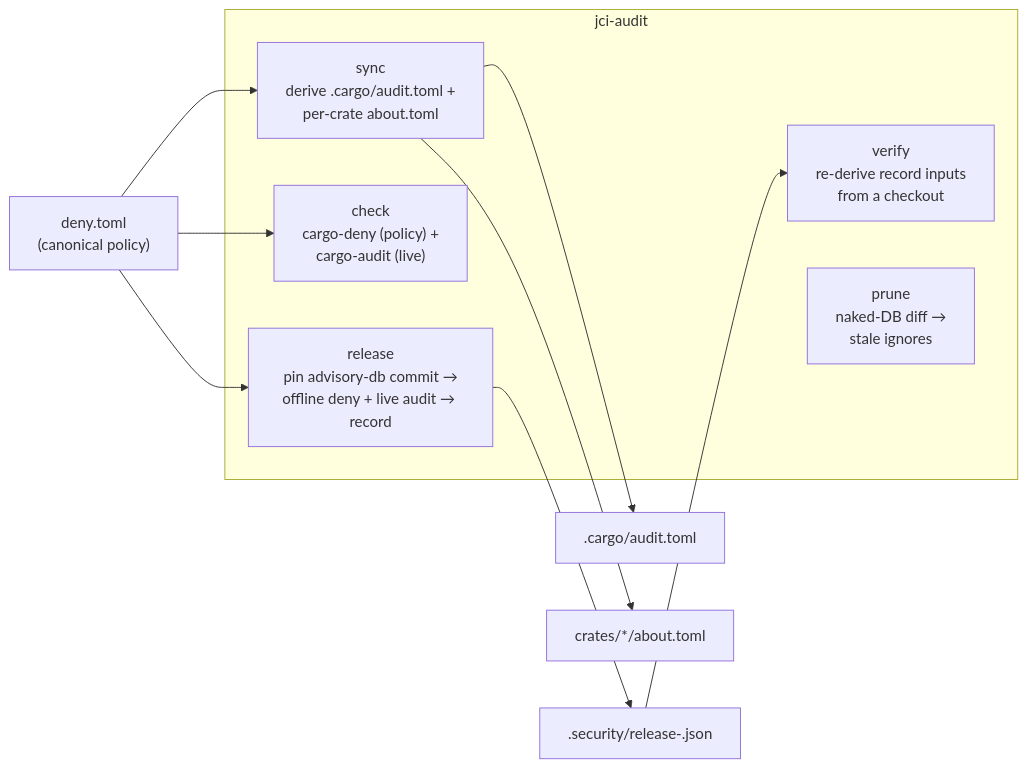
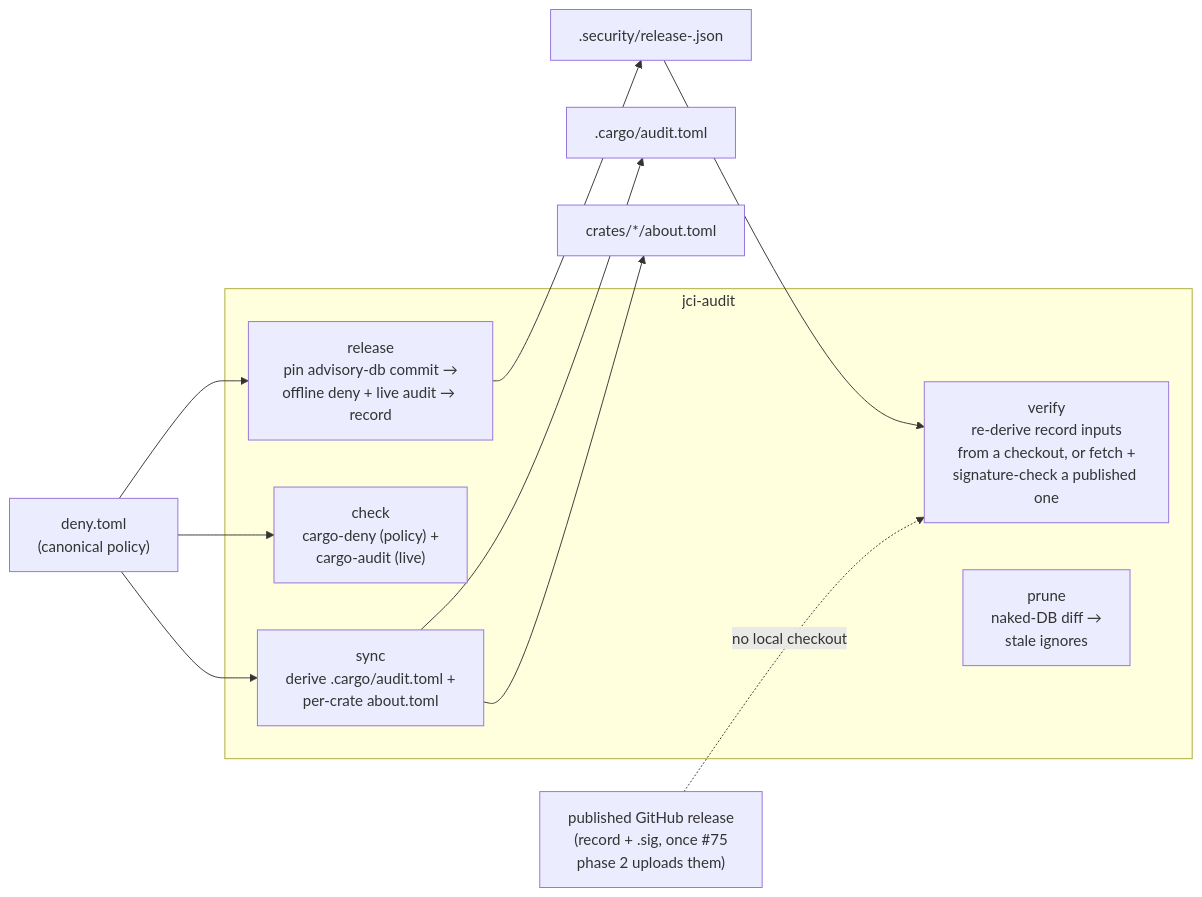
One commit to jerus-org/jci-audit changed the diagram in docs/architecture.md. Above: the diagram before and after it, drawn with Mermaid. The commit also changed other lines of this file and 12 other files, not shown here.

First line of the commit message:
feat: verify's no-checkout remote fetch path

````diff
--- a/docs/architecture.md
+++ b/docs/architecture.md
@@ -27,17 +27,18 @@
 ```mermaid
 flowchart LR
     DENY["deny.toml\n(canonical policy)"] --> SYNC
     DENY --> CHECK
     DENY --> RELEASE
     subgraph "jci-audit"
         SYNC["sync\nderive .cargo/audit.toml +\nper-crate about.toml"]
         CHECK["check\ncargo-deny (policy) +\ncargo-audit (live)"]
         RELEASE["release\npin advisory-db commit →\noffline deny + live audit → record"]
-        VERIFY["verify\nre-derive record inputs\nfrom a checkout"]
+        VERIFY["verify\nre-derive record inputs\nfrom a checkout, or fetch +\nsignature-check a published one"]
         PRUNE["prune\nnaked-DB diff →\nstale ignores"]
     end
     SYNC --> AUDITTOML[".cargo/audit.toml"]
     SYNC --> ABOUTTOML["crates/*/about.toml"]
     RELEASE --> RECORD[".security/release-<version>.json"]
     RECORD --> VERIFY
+    RELEASEASSET["published GitHub release\n(record + .sig, once #75\nphase 2 uploads them)"] -.->|no local checkout| VERIFY
 ```
````
